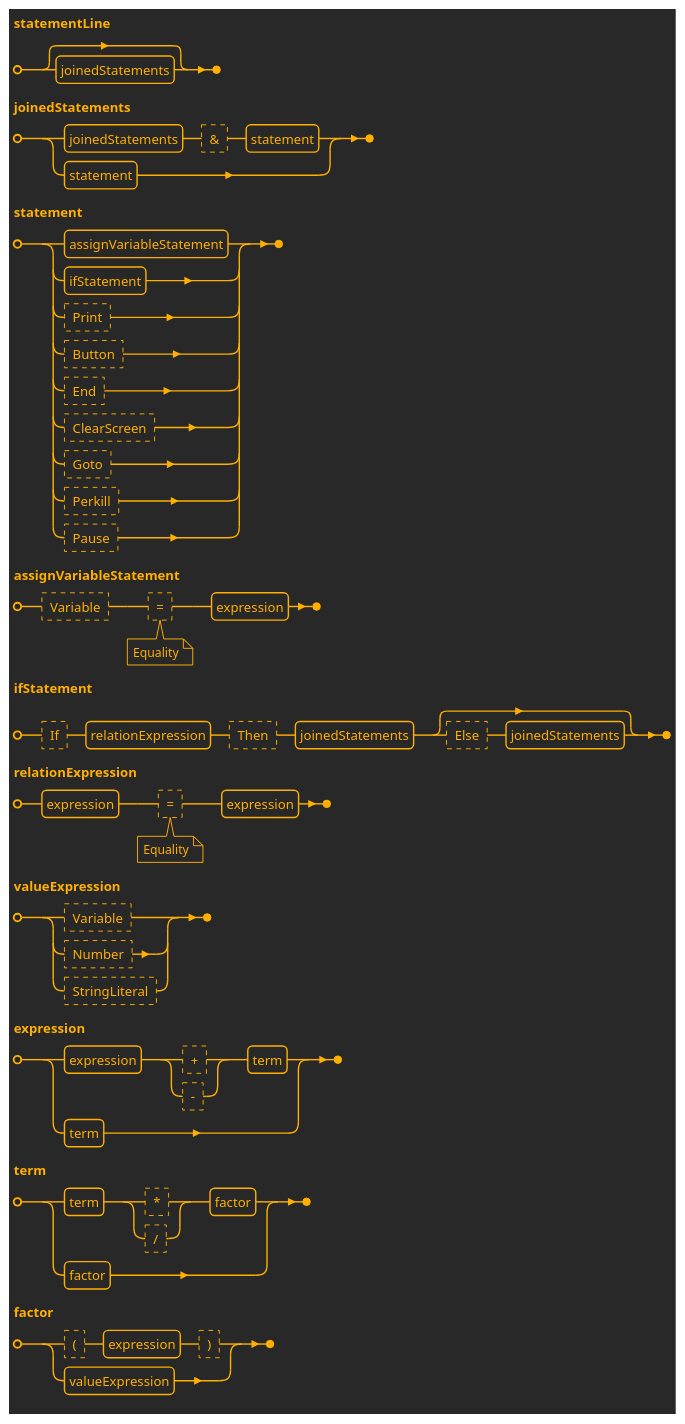
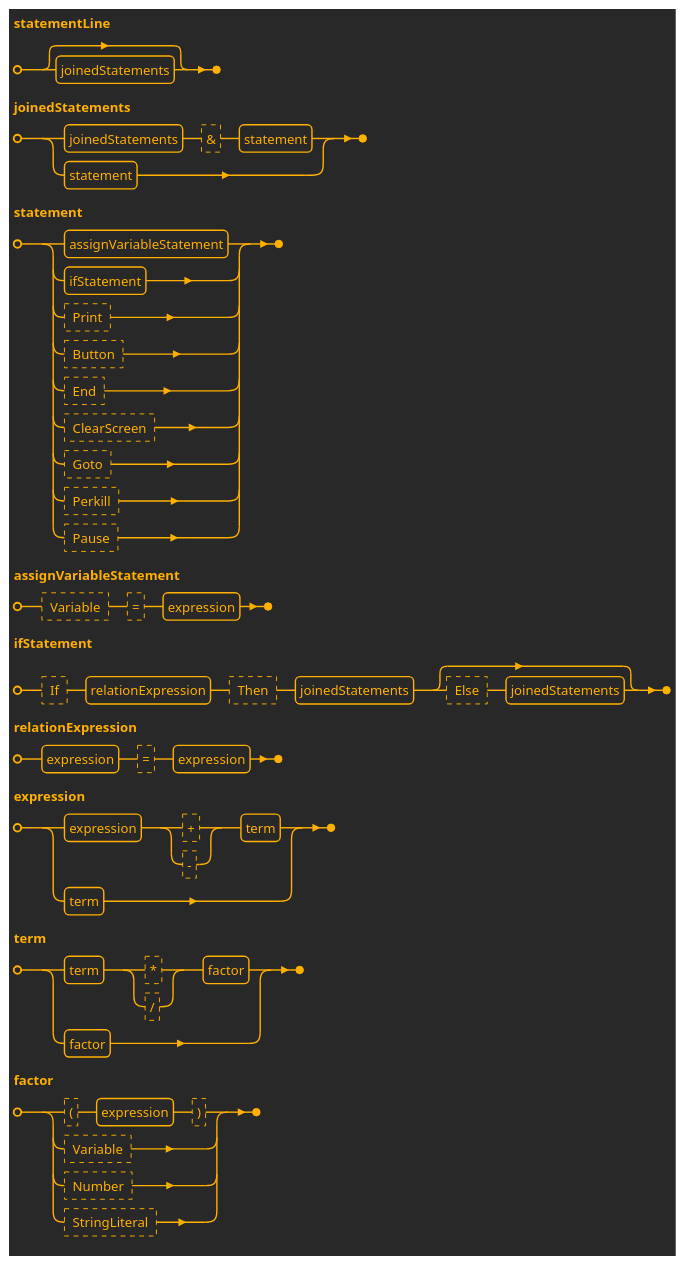
Before and after one commit to realsonic/MURQ: the first of 7 diagrams in Domain/MURQ.Domain/URQL/docs/URQL Lines Syntax.md, drawn with PlantUML. The commit also changed other lines of this file, not shown here.

Commit message:
#145 Добавлены адаптации левых рекурсий для expression и term

````diff
--- a/Domain/MURQ.Domain/URQL/docs/URQL Lines Syntax.md
+++ b/Domain/MURQ.Domain/URQL/docs/URQL Lines Syntax.md
@@ -2,43 +2,43 @@
 ```plantuml
 @startebnf URQL Line
 !theme crt-amber
 ' skinparam monochrome reverse
 
 statementLine = [ joinedStatements ];
 
 joinedStatements = 
-      joinedStatements, ? & ?, statement
+      joinedStatements, ?&?, statement
     | statement;
 
 statement =
     assignVariableStatement
   | ifStatement
   | ? Print ?
   | ? Button ?
   | ? End ?
   | ? ClearScreen ?
   | ? Goto ?
   | ? Perkill ?
   | ? Pause ?;
 
-assignVariableStatement = ? Variable ?,  ? = ? (*Equality*), expression;
+assignVariableStatement = ? Variable ?,  ?=?, expression;
 
 ifStatement = ? If ?, relationExpression, ? Then ?, joinedStatements, [ ? Else ?, joinedStatements ];
 
-relationExpression = expression, ? = ? (*Equality*), expression;
-
-valueExpression = ? Variable ? | ? Number ? | ? StringLiteral ?;
+relationExpression = expression, ?=?, expression;
 
 expression =
-    expression, (? + ? | ? - ?), term
+    expression, (?+? | ?-?), term
   | term;
 
 term =
-    term, (? * ? | ? / ?), factor
+    term, (?*? | ?/?), factor
   | factor;
 
 factor =
-    ? ( ?, expression, ? ) ?
-  | valueExpression; 
+    ?(?, expression, ?)?
+  | ? Variable ?
+  | ? Number ?
+  | ? StringLiteral ?;
 @endebnf
 ```
````
